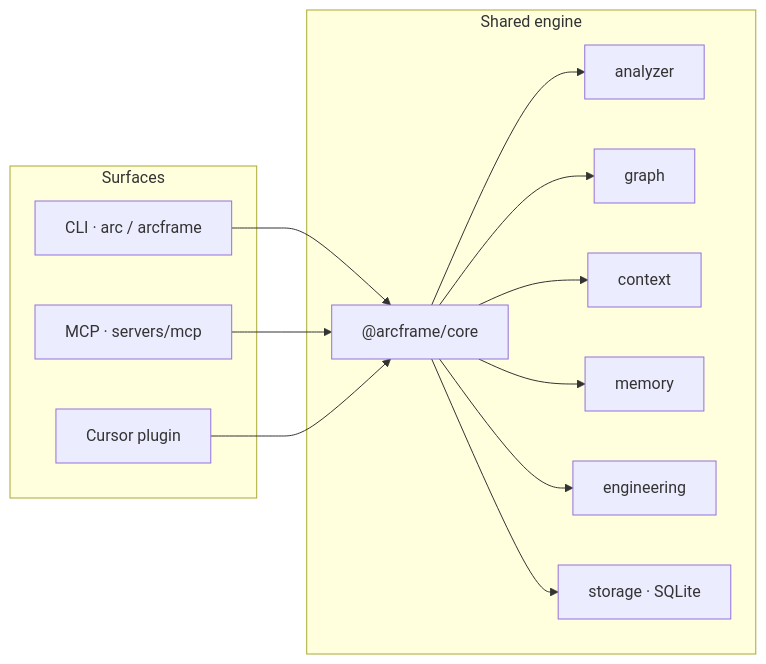
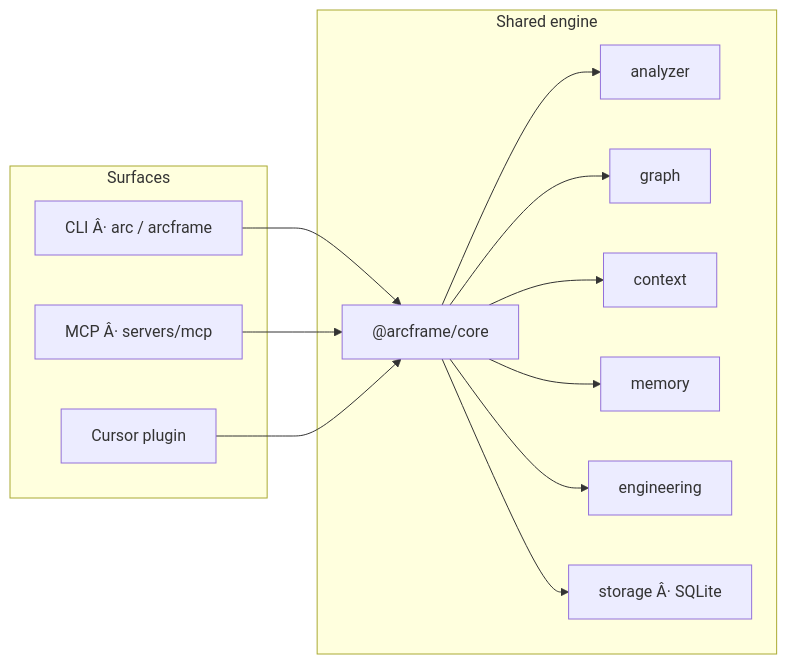
One commit to theworker02/arcframe changed the diagram in README.md. Above: the diagram before and after it, drawn with Mermaid. The commit also changed other lines of this file and 6 other files, not shown here.

````diff
--- a/README.md
+++ b/README.md
@@ -60,21 +60,21 @@
 ```mermaid
 flowchart LR
   subgraph Surfaces
-    CLI["CLI · arc / arcframe"]
-    MCP["MCP · servers/mcp"]
+    CLI["CLI Â· arc / arcframe"]
+    MCP["MCP Â· servers/mcp"]
     Plugin["Cursor plugin"]
   end
   subgraph Engine["Shared engine"]
     Core["@arcframe/core"]
     Analyzer["analyzer"]
     Graph["graph"]
     Context["context"]
     Memory["memory"]
     Eng["engineering"]
-    Store["storage · SQLite"]
+    Store["storage Â· SQLite"]
   end
   CLI --> Core
   MCP --> Core
   Plugin --> Core
   Core --> Analyzer & Graph & Context & Memory & Eng & Store
 ```
````
